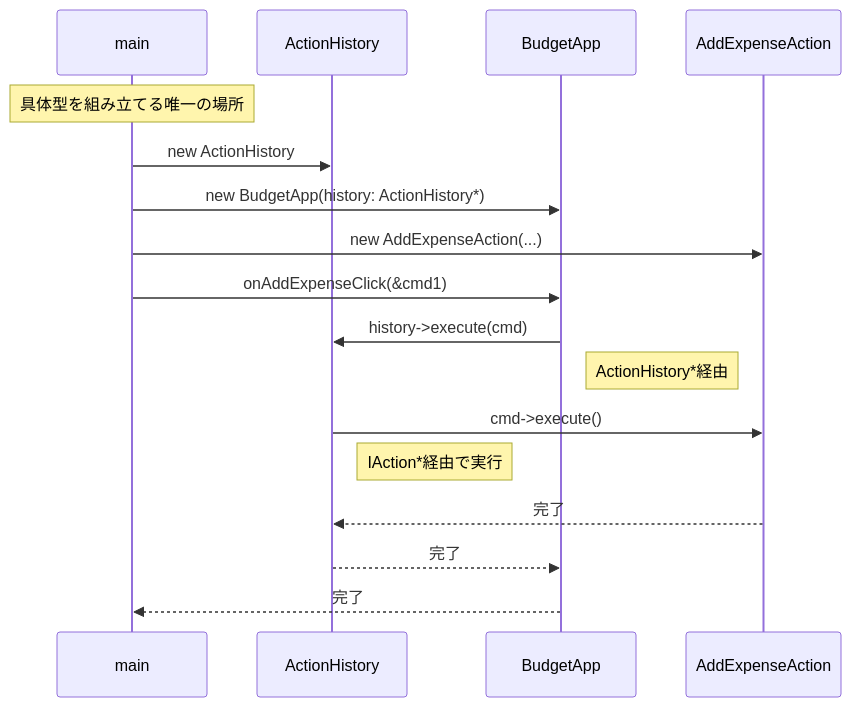
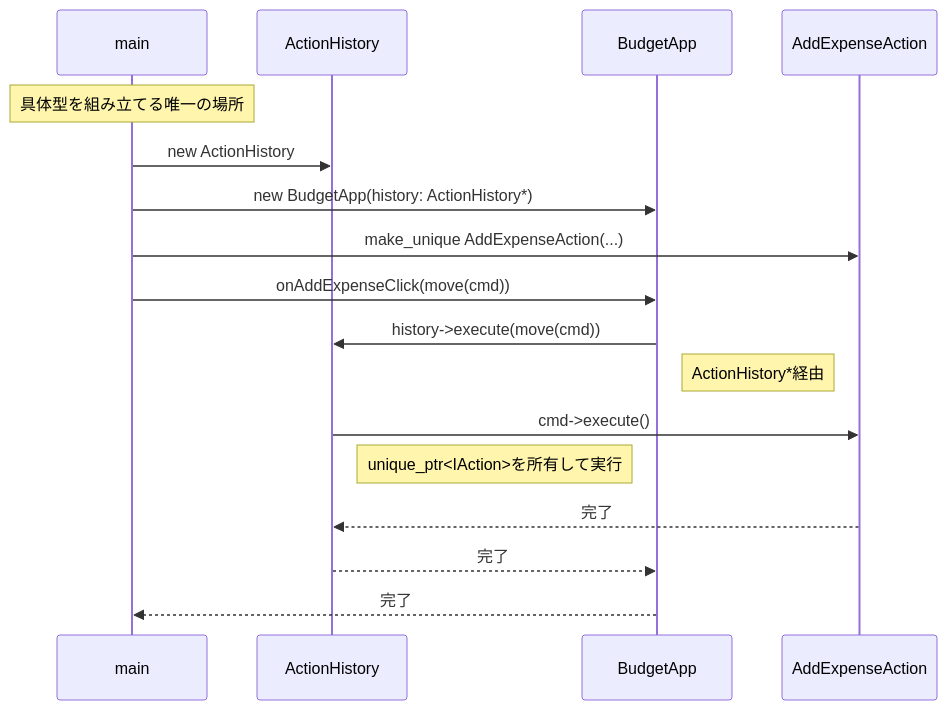
One commit to kumachan1101-pixel/DesignPattern changed the fourth of 6 diagrams in kindle/design-patterns/output/chapter05.md. Above: the diagram before and after it, drawn with Mermaid. The commit also changed other lines of this file and 1 other file, not shown here.

Commit message:
docs: give command history explicit ownership

````diff
--- a/kindle/design-patterns/output/chapter05.md
+++ b/kindle/design-patterns/output/chapter05.md
@@ -922,19 +932,19 @@
 ```mermaid
 sequenceDiagram
     participant main
     participant CH as ActionHistory
     participant BA as BudgetApp
     participant AEC as AddExpenseAction
     Note over main: 具体型を組み立てる唯一の場所
     main->>CH: new ActionHistory
     main->>BA: new BudgetApp(history: ActionHistory*)
-    main->>AEC: new AddExpenseAction(...)
-    main->>BA: onAddExpenseClick(&cmd1)
-    BA->>CH: history->execute(cmd)
+    main->>AEC: make_unique AddExpenseAction(...)
+    main->>BA: onAddExpenseClick(move(cmd))
+    BA->>CH: history->execute(move(cmd))
     Note right of BA: ActionHistory*経由
     CH->>AEC: cmd->execute()
-    Note right of CH: IAction*経由で実行
+    Note right of CH: unique_ptr<IAction>を所有して実行
     AEC-->>CH: 完了
     CH-->>BA: 完了
     BA-->>main: 完了
 ```
````
